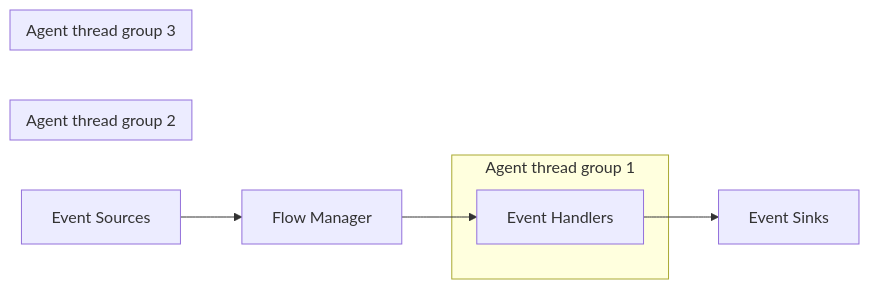
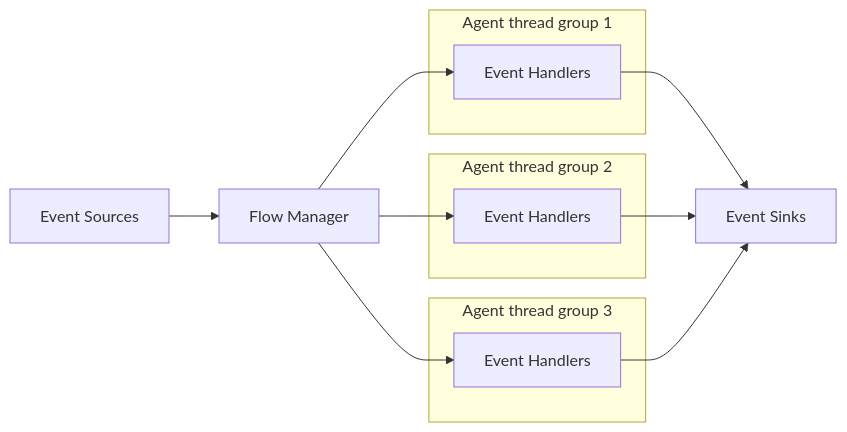
One commit to gregv12/fluxtion-server changed the first of 2 diagrams in docs/guide/overview.md. Above: the diagram before and after it, drawn with Mermaid.

Commit message:
Enhance architecture diagram in `docs/guide/overview.md` to clarify event handler and thread group relationships.

````diff
--- a/docs/guide/overview.md
+++ b/docs/guide/overview.md
@@ -8,16 +8,20 @@
 ```mermaid
 graph LR
 ES[Event Sources] --> FM[Flow Manager]
-FM --> EH[Event Handlers]
-EH --> ESK[Event Sinks]
+FM --> EH1[Event Handlers]
+FM --> EH2[Event Handlers]
+FM --> EH3[Event Handlers]
+EH1 --> ESK[Event Sinks]
+EH2 --> ESK[Event Sinks]
+EH3 --> ESK[Event Sinks]
 
     subgraph "Agent thread group 1"
-        EH
+        EH1
     end
     subgraph "Agent thread group 2"
-        EH
+        EH2
     end
     subgraph "Agent thread group 3"
-        EH
+        EH3
     end
 ```
````
